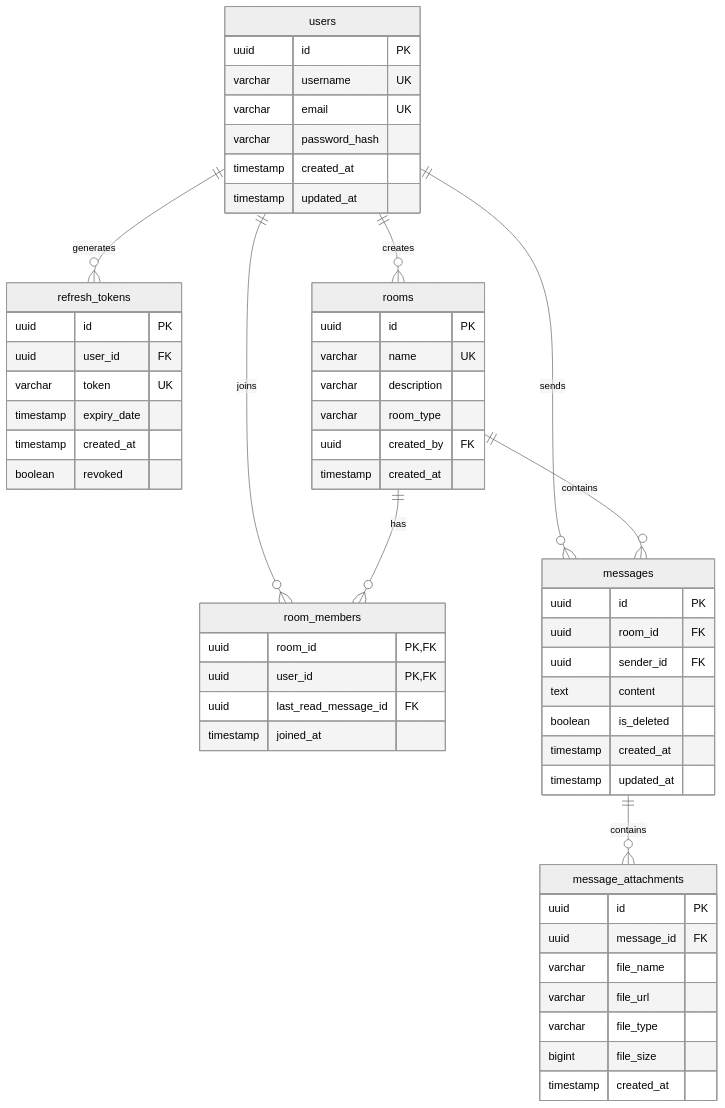
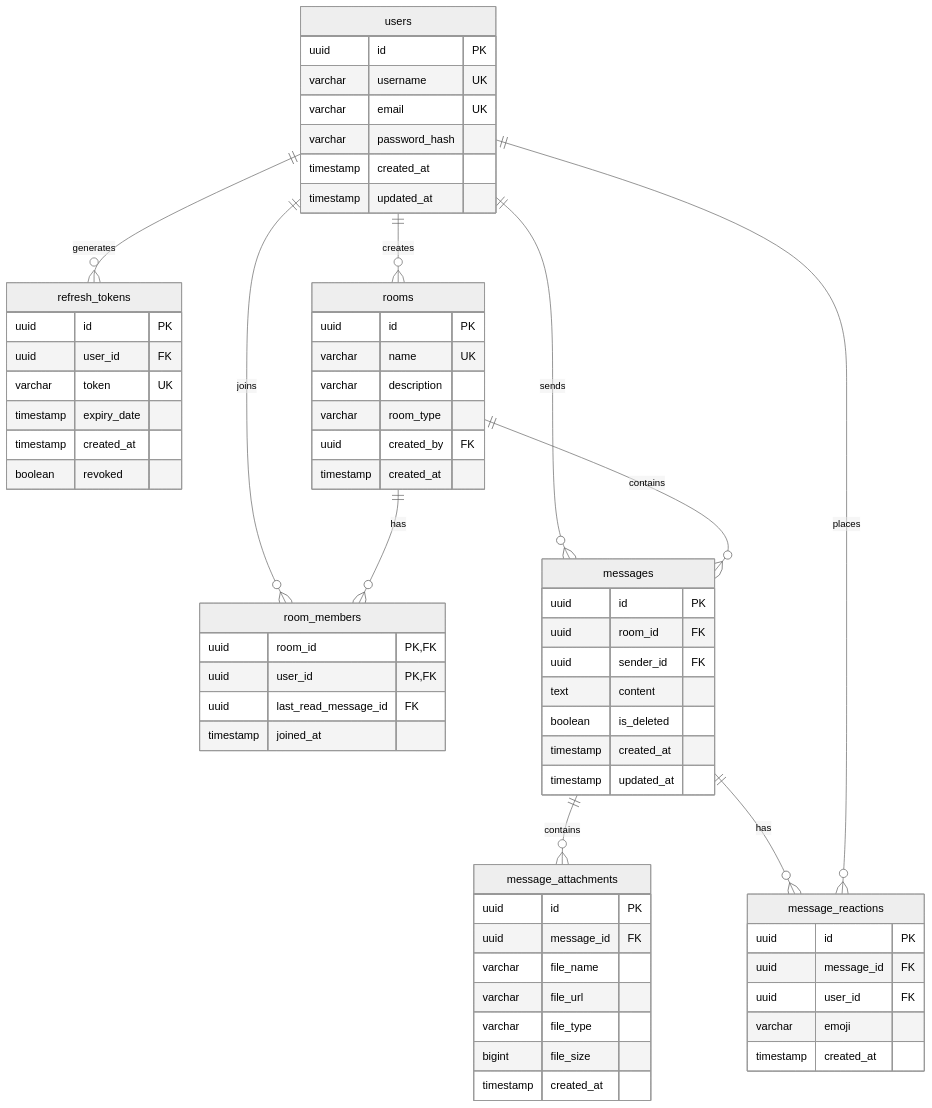
Before and after one commit to rishi-18/realtime-chat-application: the diagram in docs/database-design.md, drawn with Mermaid (neutral theme). The commit also changed other lines of this file and 19 other files, not shown here.

Commit message:
feat: implement message emoji reactions with N+1 batch query optimization and testing

````diff
--- a/docs/database-design.md
+++ b/docs/database-design.md
@@ -9,59 +9,68 @@
 ```mermaid
 erDiagram
     users {
         uuid id PK
         varchar username UK
         varchar email UK
         varchar password_hash
         timestamp created_at
         timestamp updated_at
     }
     refresh_tokens {
         uuid id PK
         uuid user_id FK
         varchar token UK
         timestamp expiry_date
         timestamp created_at
         boolean revoked
     }
     rooms {
         uuid id PK
         varchar name UK
         varchar description
         varchar room_type
         uuid created_by FK
         timestamp created_at
     }
     room_members {
         uuid room_id PK, FK
         uuid user_id PK, FK
         uuid last_read_message_id FK
         timestamp joined_at
     }
     messages {
         uuid id PK
         uuid room_id FK
         uuid sender_id FK
         text content
         boolean is_deleted
         timestamp created_at
         timestamp updated_at
     }
     message_attachments {
         uuid id PK
         uuid message_id FK
         varchar file_name
         varchar file_url
         varchar file_type
         bigint file_size
         timestamp created_at
     }
+    message_reactions {
+        uuid id PK
+        uuid message_id FK
+        uuid user_id FK
+        varchar emoji
+        timestamp created_at
+    }
 
     users ||--o{ refresh_tokens : "generates"
     users ||--o{ rooms : "creates"
     users ||--o{ room_members : "joins"
     rooms ||--o{ room_members : "has"
     users ||--o{ messages : "sends"
     rooms ||--o{ messages : "contains"
     messages ||--o{ message_attachments : "contains"
+    messages ||--o{ message_reactions : "has"
+    users ||--o{ message_reactions : "places"
 ```
````
